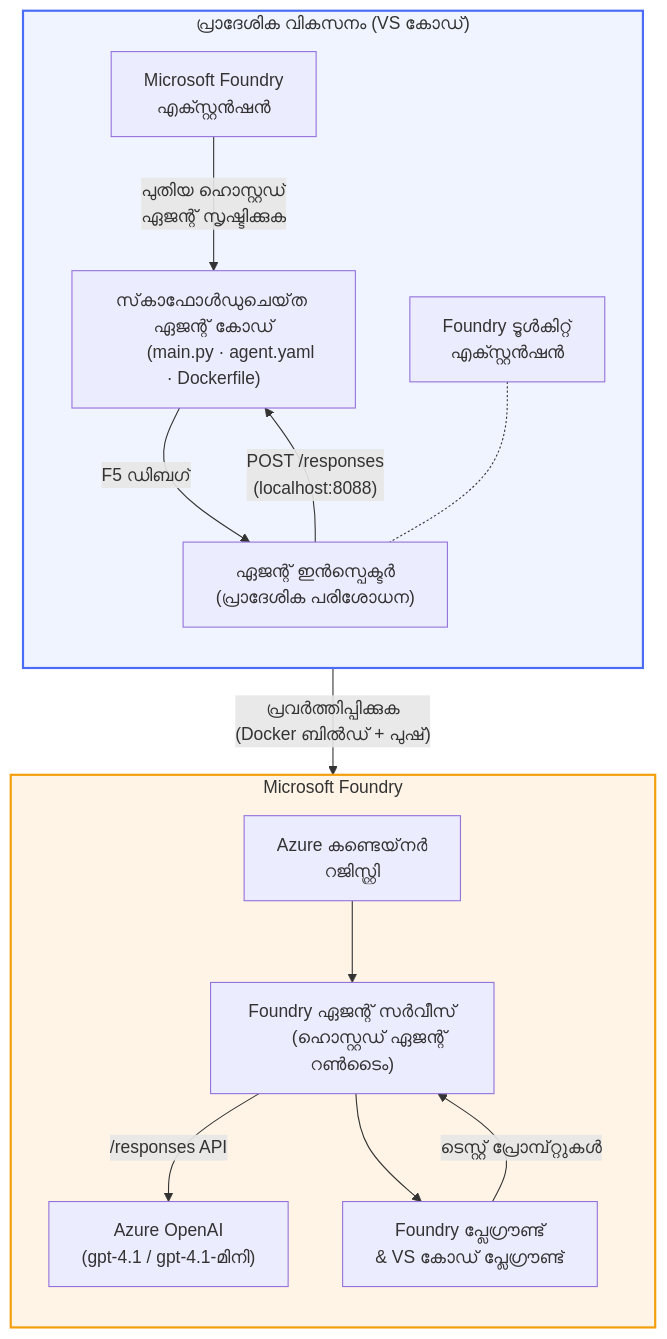
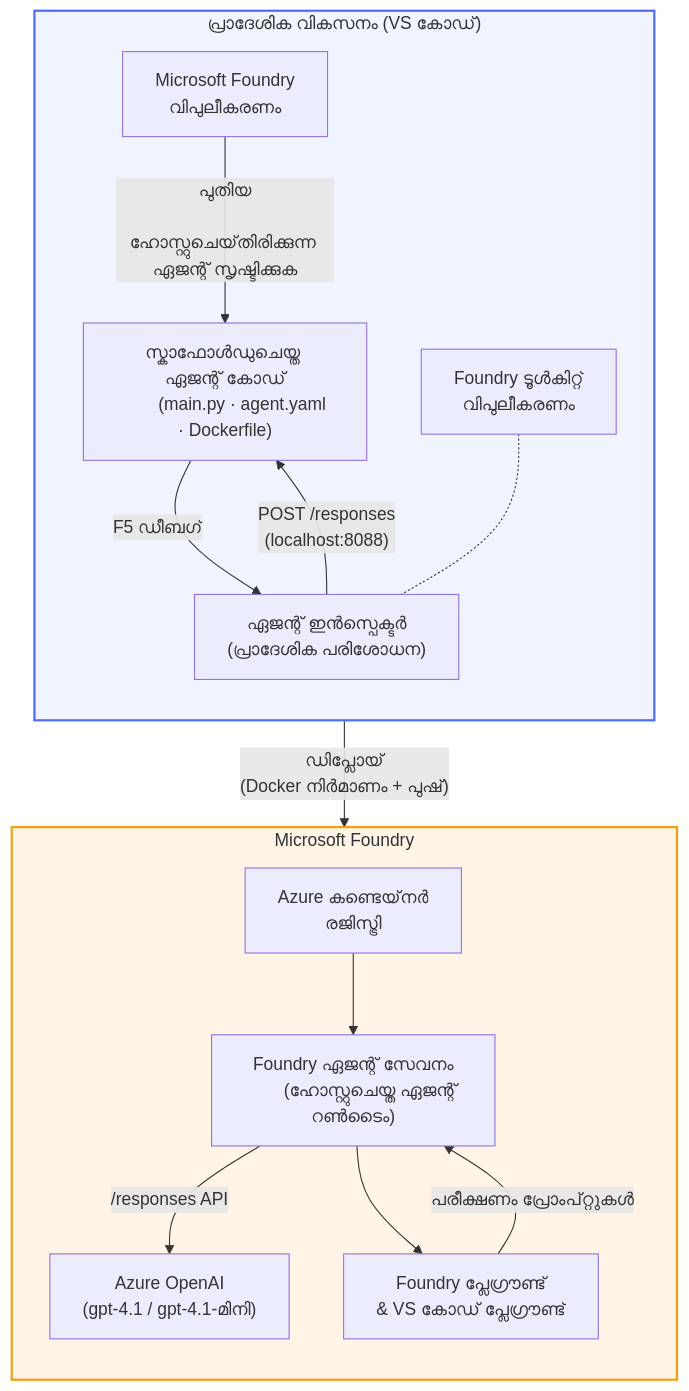
The diagram in translations/ml/README.md (microsoft-foundry/Foundry_Toolkit_for_VSCode_Lab), drawn with Mermaid before and after one commit. The commit also changed other lines of this file and 110 other files, not shown here.

````diff
--- a/translations/ml/README.md
+++ b/translations/ml/README.md
@@ -48,42 +52,42 @@
 ```mermaid
 flowchart TB
     subgraph Local["പ്രാദേശിക വികസനം (VS കോഡ്)"]
         direction TB
         FE["Microsoft Foundry
-        എക്സ്റ്റൻഷൻ"]
+        വിപുലീകരണം"]
         FoundryToolkit["Foundry ടൂൾകിറ്റ്
-        എക്സ്റ്റൻഷൻ"]
-        Scaffold["സ്‌കാഫോൾഡുചെയ്‌ത ഏജന്റ് കോഡ്
+        വിപുലീകരണം"]
+        Scaffold["സ്കാഫോൾഡുചെയ്ത ഏജന്റ് കോഡ്
         (main.py · agent.yaml · Dockerfile)"]
         Inspector["ഏജന്റ് ഇൻസ്പെക്ടർ
         (പ്രാദേശിക പരിശോധന)"]
-        FE -- "പുതിയ ഹൊസ്റ്റഡ് 
-        ഏജന്റ് സൃഷ്ടിക്കുക" --> Scaffold
-        Scaffold -- "F5 ഡിബഗ്" --> Inspector
+        FE -- "പുതിയ
+        ഹോസ്റ്റുചെയ്‌തിരിക്കുന്ന ഏജന്റ് സൃഷ്ടിക്കുക" --> Scaffold
+        Scaffold -- "F5 ഡീബഗ്" --> Inspector
         FoundryToolkit -.- Inspector
     end
 
     subgraph Cloud["Microsoft Foundry"]
         direction TB
         ACR["Azure കണ്ടെയ്‌നർ
-        റജിസ്റ്റ്രി"]
-        AgentService["Foundry ഏജന്റ് സർവീസ്
-        (ഹൊസ്റ്റഡ് ഏജന്റ് റൺടൈം)"]
+        രജിസ്ട്രി"]
+        AgentService["Foundry ഏജന്റ് സേവനം
+        (ഹോസ്റ്റുചെയ്ത ഏജന്റ് റൺടൈം)"]
         Model["Azure OpenAI
         (gpt-4.1 / gpt-4.1-മിനി)"]
         Playground["Foundry പ്ലേഗ്രൗണ്ട്
         & VS കോഡ് പ്ലേഗ്രൗണ്ട്"]
         ACR --> AgentService
         AgentService -- "/responses API" --> Model
         AgentService --> Playground
     end
 
-    Scaffold -- "പ്രവർത്തിപ്പിക്കുക
-    (Docker ബിൽഡ് + പുഷ്)" --> ACR
+    Scaffold -- "ഡിപ്ലോയ്
+    (Docker നിർമാണം + പുഷ്)" --> ACR
     Inspector -- "POST /responses
     (localhost:8088)" --> Scaffold
-    Playground -- "ടെസ്റ്റ് പ്രോമ്പ്റ്റുകൾ" --> AgentService
+    Playground -- "പരീക്ഷണം പ്രോംപ്റ്റുകൾ" --> AgentService
 
     style Local fill:#f0f4ff,stroke:#4a6cf7,stroke-width:2px
     style Cloud fill:#fff4e6,stroke:#f59e0b,stroke-width:2px
 ```
````
